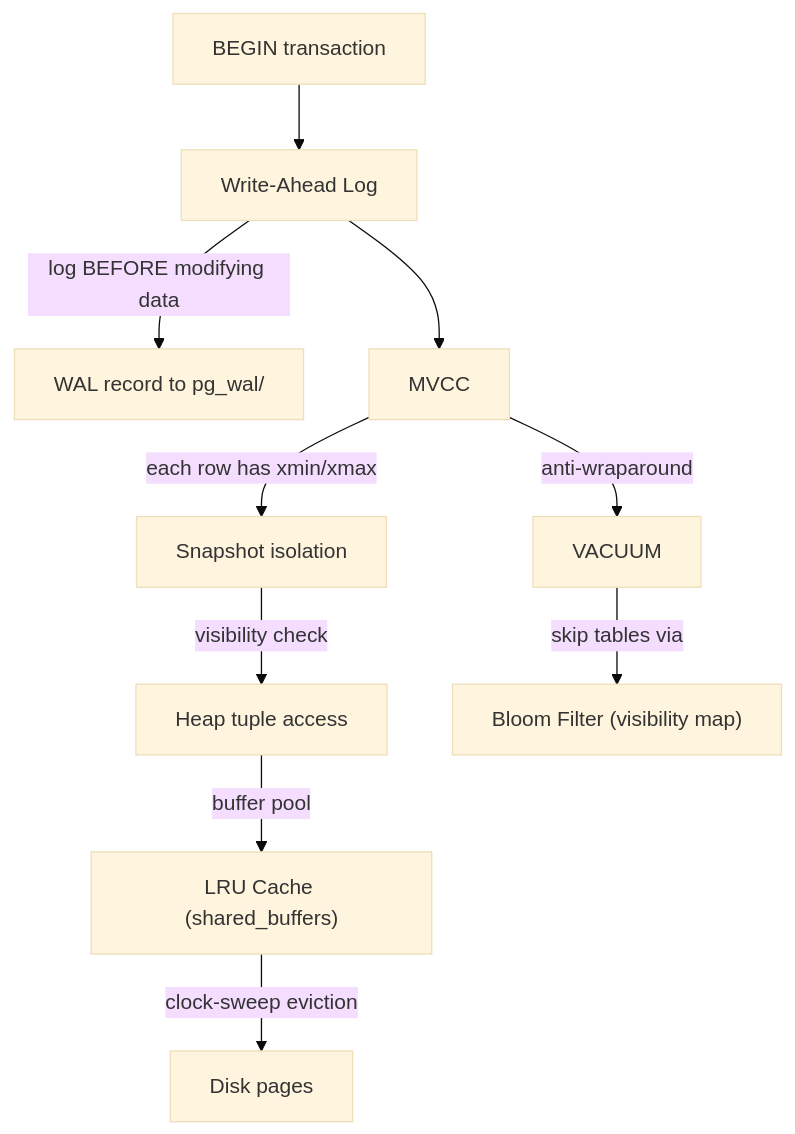
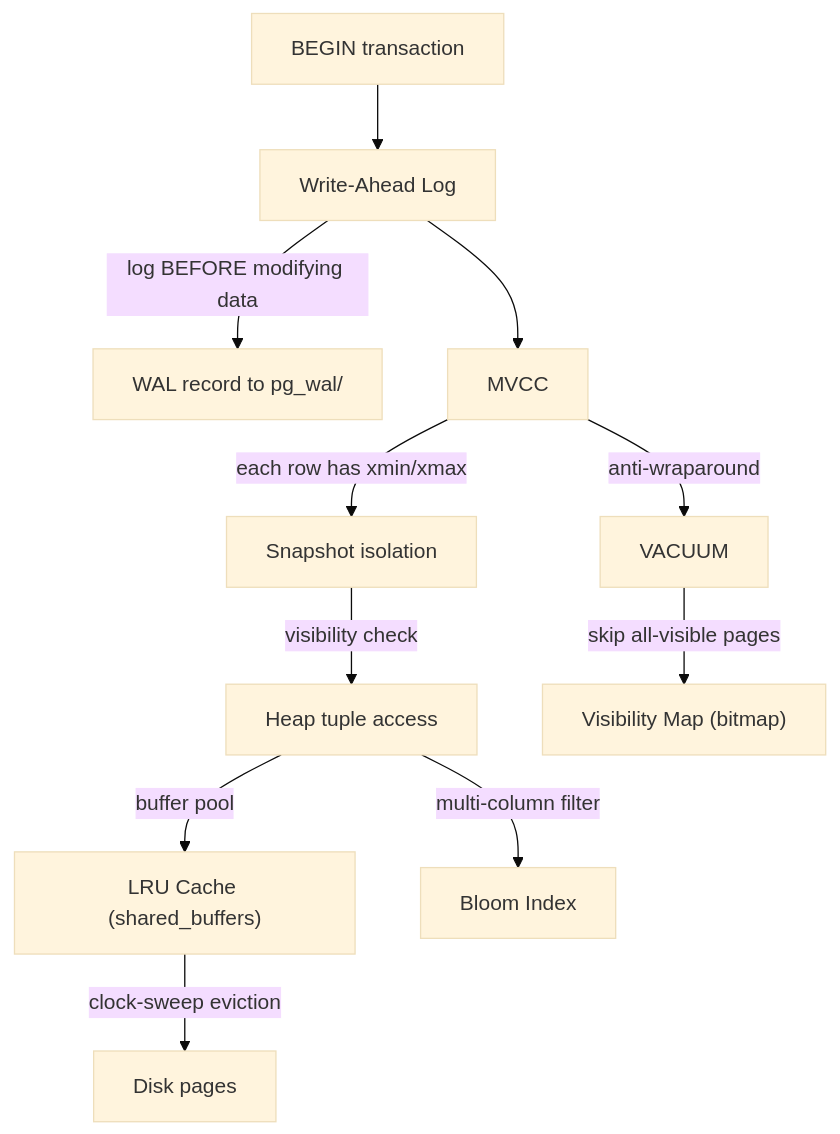
One commit to zzh0u/battle-tested-patterns changed the fifth of 6 diagrams in docs/zh/guide/pattern-connections.md. Above: the diagram before and after it, drawn with Mermaid (base theme). The commit also changed other lines of this file, not shown here.

Commit message:
fix: sync PG visibility map fix to ZH pattern-connections

````diff
--- a/docs/zh/guide/pattern-connections.md
+++ b/docs/zh/guide/pattern-connections.md
@@ -134,12 +134,13 @@
 ```mermaid
 flowchart TD
     TXN["BEGIN transaction"] --> WAL["Write-Ahead Log"]
     WAL -->|"log BEFORE modifying data"| XLOG["WAL record to pg_wal/"]
     WAL --> MVCC["MVCC"]
     MVCC -->|"each row has xmin/xmax"| SNAP["Snapshot isolation"]
     SNAP -->|"visibility check"| HEAP["Heap tuple access"]
     HEAP -->|"buffer pool"| BUF["LRU Cache (shared_buffers)"]
     BUF -->|"clock-sweep eviction"| DISK["Disk pages"]
     MVCC -->|"anti-wraparound"| VACUUM["VACUUM"]
-    VACUUM -->|"skip tables via"| BLOOM["Bloom Filter (visibility map)"]
+    VACUUM -->|"skip all-visible pages"| VMAP["Visibility Map (bitmap)"]
+    HEAP -->|"multi-column filter"| BLOOM["Bloom Index"]
 ```
````
